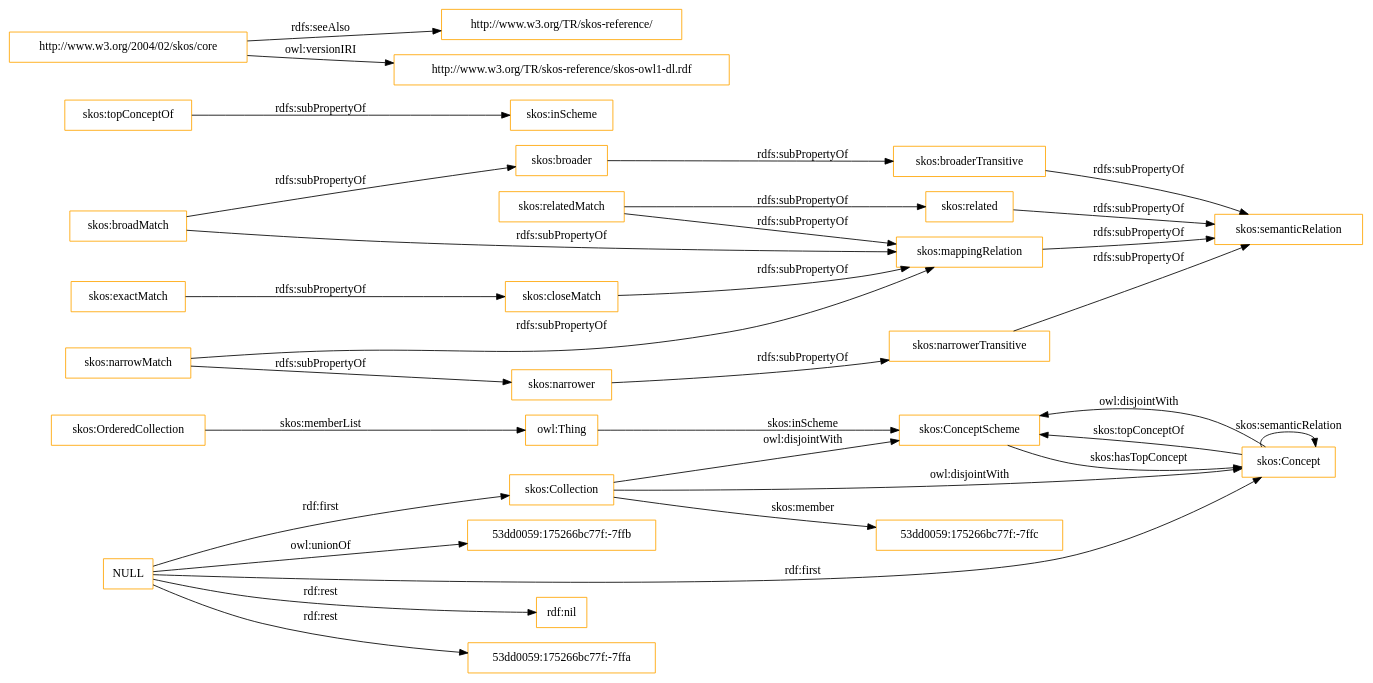
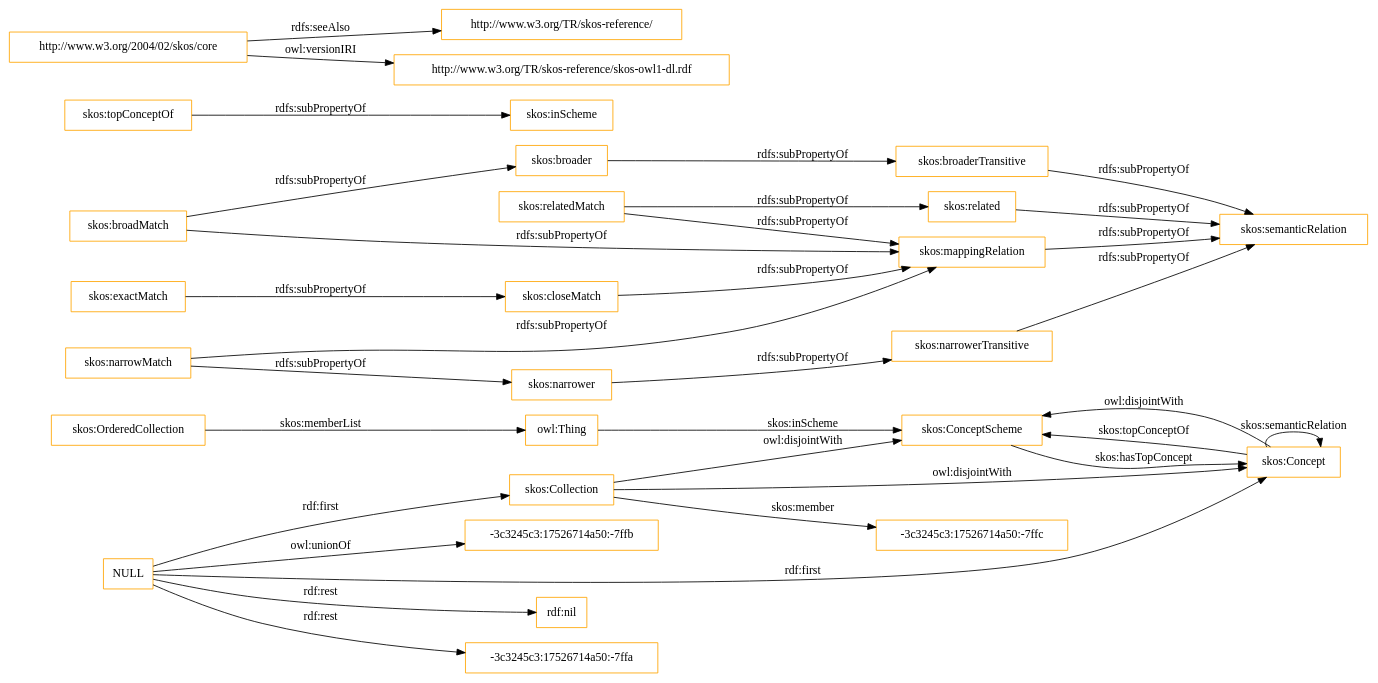
One commit to OnToologyUser/core-ontology-1 changed the diagram in OnToology/imports/skos.owl/diagrams/ar2dtool-class/skos.owl.png.dot. Above: the diagram before and after it, drawn with Graphviz. The commit also changed 14 other files, not shown here.

```diff
--- a/OnToology/imports/skos.owl/diagrams/ar2dtool-class/skos.owl.png.dot
+++ b/OnToology/imports/skos.owl/diagrams/ar2dtool-class/skos.owl.png.dot
@@ -1,37 +1,37 @@
 digraph ar2dtool_diagram { 
 rankdir=LR;
 size="1501"
-node [shape = rectangle, color="orange"]; "skos:OrderedCollection" "skos:ConceptScheme" "skos:Concept" "skos:Collection" "53dd0059:175266bc77f:-7ffc" ; /*classes style*/
+node [shape = rectangle, color="orange"]; "skos:OrderedCollection" "skos:ConceptScheme" "skos:Concept" "skos:Collection" "-3c3245c3:17526714a50:-7ffc" ; /*classes style*/
 	"skos:narrowerTransitive" -> "skos:semanticRelation" [ label = "rdfs:subPropertyOf" ];
 	"NULL" -> "rdf:nil" [ label = "rdf:rest" ];
 	"NULL" -> "skos:Concept" [ label = "rdf:first" ];
-	"NULL" -> "53dd0059:175266bc77f:-7ffa" [ label = "rdf:rest" ];
+	"NULL" -> "-3c3245c3:17526714a50:-7ffa" [ label = "rdf:rest" ];
 	"NULL" -> "skos:Collection" [ label = "rdf:first" ];
-	"NULL" -> "53dd0059:175266bc77f:-7ffb" [ label = "owl:unionOf" ];
+	"NULL" -> "-3c3245c3:17526714a50:-7ffb" [ label = "owl:unionOf" ];
 	"skos:closeMatch" -> "skos:mappingRelation" [ label = "rdfs:subPropertyOf" ];
 	"skos:Concept" -> "skos:ConceptScheme" [ label = "owl:disjointWith" ];
 	"skos:relatedMatch" -> "skos:related" [ label = "rdfs:subPropertyOf" ];
 	"skos:relatedMatch" -> "skos:mappingRelation" [ label = "rdfs:subPropertyOf" ];
 	"skos:related" -> "skos:semanticRelation" [ label = "rdfs:subPropertyOf" ];
 	"skos:topConceptOf" -> "skos:inScheme" [ label = "rdfs:subPropertyOf" ];
 	"skos:broadMatch" -> "skos:mappingRelation" [ label = "rdfs:subPropertyOf" ];
 	"skos:broadMatch" -> "skos:broader" [ label = "rdfs:subPropertyOf" ];
 	"skos:exactMatch" -> "skos:closeMatch" [ label = "rdfs:subPropertyOf" ];
 	"skos:broaderTransitive" -> "skos:semanticRelation" [ label = "rdfs:subPropertyOf" ];
 	"skos:broader" -> "skos:broaderTransitive" [ label = "rdfs:subPropertyOf" ];
 	"skos:mappingRelation" -> "skos:semanticRelation" [ label = "rdfs:subPropertyOf" ];
 	"http://www.w3.org/2004/02/skos/core" -> "http://www.w3.org/TR/skos-reference/" [ label = "rdfs:seeAlso" ];
 	"http://www.w3.org/2004/02/skos/core" -> "http://www.w3.org/TR/skos-reference/skos-owl1-dl.rdf" [ label = "owl:versionIRI" ];
 	"skos:Collection" -> "skos:ConceptScheme" [ label = "owl:disjointWith" ];
 	"skos:Collection" -> "skos:Concept" [ label = "owl:disjointWith" ];
 	"skos:narrower" -> "skos:narrowerTransitive" [ label = "rdfs:subPropertyOf" ];
 	"skos:narrowMatch" -> "skos:narrower" [ label = "rdfs:subPropertyOf" ];
 	"skos:narrowMatch" -> "skos:mappingRelation" [ label = "rdfs:subPropertyOf" ];
 	"skos:OrderedCollection" -> "owl:Thing" [ label = "skos:memberList" ];
 	"skos:Concept" -> "skos:ConceptScheme" [ label = "skos:topConceptOf" ];
 	"skos:Concept" -> "skos:Concept" [ label = "skos:semanticRelation" ];
-	"skos:Collection" -> "53dd0059:175266bc77f:-7ffc" [ label = "skos:member" ];
+	"skos:Collection" -> "-3c3245c3:17526714a50:-7ffc" [ label = "skos:member" ];
 	"skos:ConceptScheme" -> "skos:Concept" [ label = "skos:hasTopConcept" ];
 	"owl:Thing" -> "skos:ConceptScheme" [ label = "skos:inScheme" ];
 
 }
```
